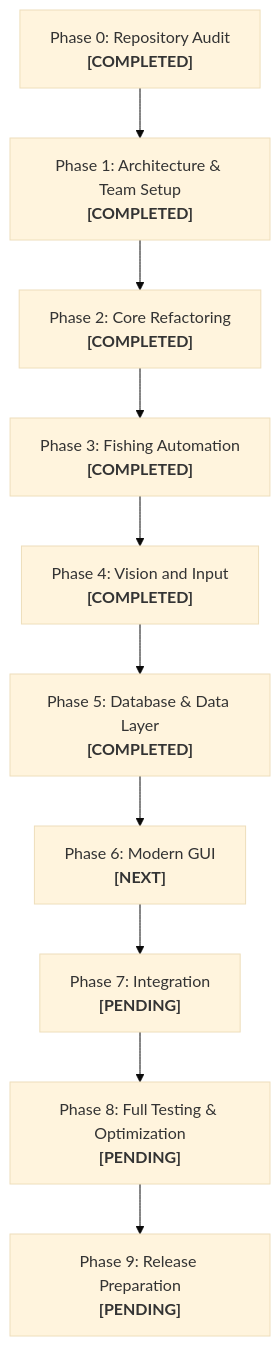
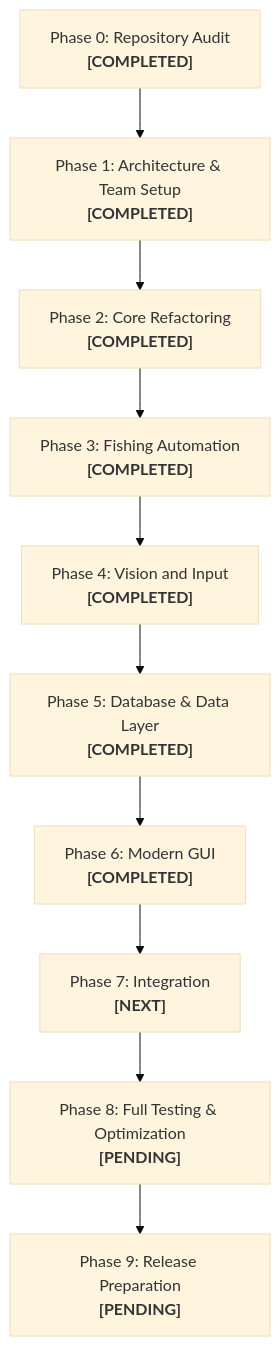
Before and after one commit to 69030304-bot/fisch_macro: the diagram in docs/ROADMAP.md, drawn with Mermaid (base theme). The commit also changed other lines of this file and 13 other files, not shown here.

First line of the commit message:
feat(gui): modularize modern GUI components, auth portal, dashboard, and test suite

````diff
--- a/docs/ROADMAP.md
+++ b/docs/ROADMAP.md
@@ -12,12 +12,12 @@
 ```mermaid
 flowchart TD
     P0["Phase 0: Repository Audit<br/><b>[COMPLETED]</b>"] --> P1["Phase 1: Architecture & Team Setup<br/><b>[COMPLETED]</b>"]
     P1 --> P2["Phase 2: Core Refactoring<br/><b>[COMPLETED]</b>"]
     P2 --> P3["Phase 3: Fishing Automation<br/><b>[COMPLETED]</b>"]
     P3 --> P4["Phase 4: Vision and Input<br/><b>[COMPLETED]</b>"]
     P4 --> P5["Phase 5: Database & Data Layer<br/><b>[COMPLETED]</b>"]
-    P5 --> P6["Phase 6: Modern GUI<br/><b>[NEXT]</b>"]
-    P6 --> P7["Phase 7: Integration<br/><b>[PENDING]</b>"]
+    P5 --> P6["Phase 6: Modern GUI<br/><b>[COMPLETED]</b>"]
+    P6 --> P7["Phase 7: Integration<br/><b>[NEXT]</b>"]
     P7 --> P8["Phase 8: Full Testing & Optimization<br/><b>[PENDING]</b>"]
     P8 --> P9["Phase 9: Release Preparation<br/><b>[PENDING]</b>"]
 ```
````
